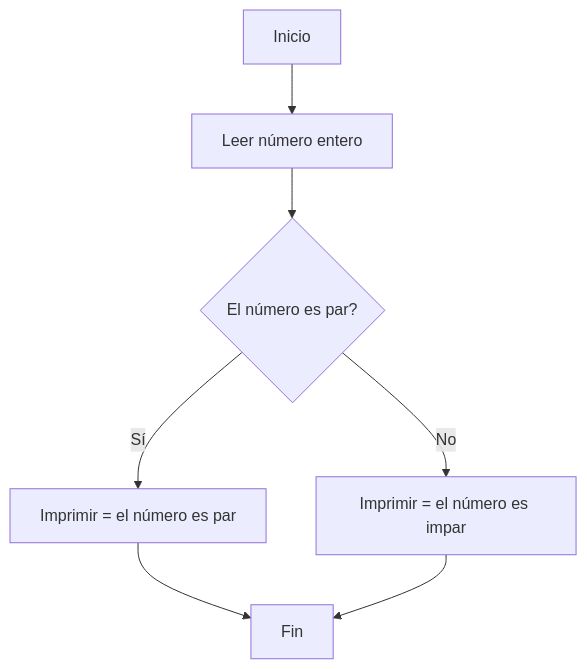
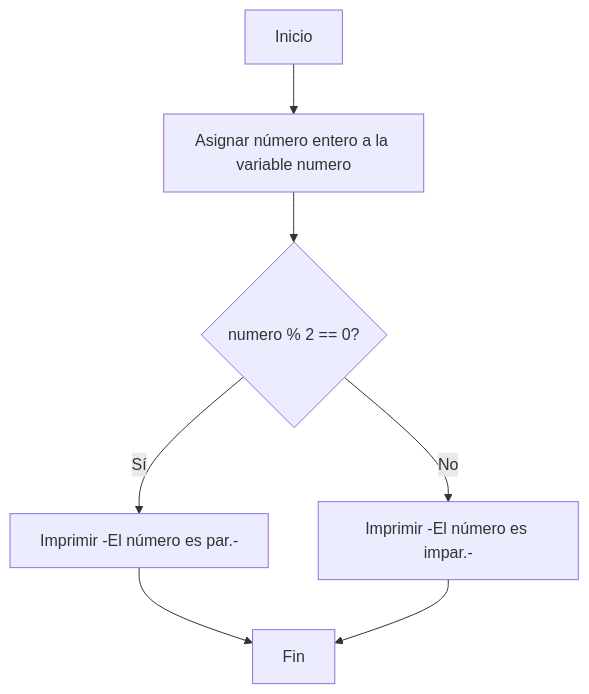
One commit to MoraMaik/Taller_1_API-lados changed the second of 4 diagrams in README.md. Above: the diagram before and after it, drawn with Mermaid. The commit also changed other lines of this file, not shown here.

````diff
--- a/README.md
+++ b/README.md
@@ -76,9 +76,9 @@
 ```mermaid
 graph TD;
-    A[Inicio] --> B[Leer número entero];
-    B --> C{El número es par?};
-    C -->|Sí| D[Imprimir = el número es par];
-    C -->|No| E[Imprimir = el número es impar];
+    A[Inicio] --> B[Asignar número entero a la variable numero];
+    B --> C{numero % 2 == 0?};
+    C -- Sí --> D[Imprimir -El número es par.-];
+    C -- No --> E[Imprimir -El número es impar.-];
     D --> F[Fin];
     E --> F;
 ```
````
